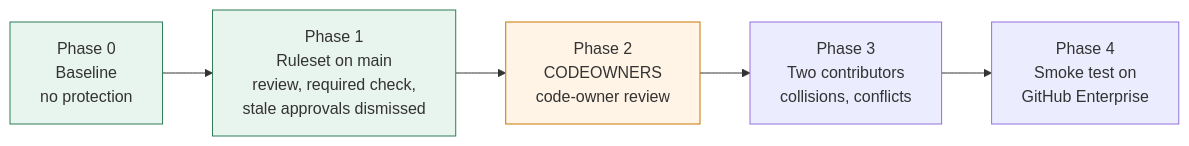
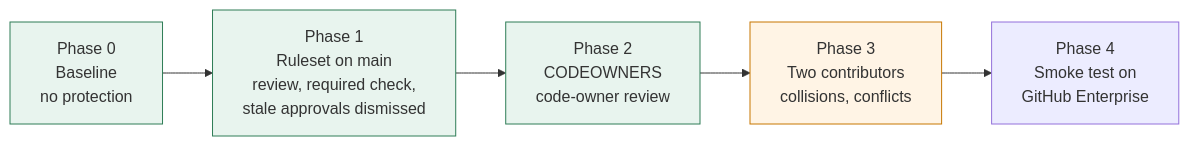
Before and after one commit to inotives/inotives-knowledge-share: the fourth of 5 diagrams in README.md, drawn with Mermaid. The commit also changed other lines of this file and 5 other files, not shown here.

````diff
--- a/README.md
+++ b/README.md
@@ -118,14 +118,15 @@
 ```mermaid
 flowchart LR
     P0["Phase 0<br/>Baseline<br/>no protection"]
     P1["Phase 1<br/>Ruleset on main<br/>review, required check,<br/>stale approvals dismissed"]
     P2["Phase 2<br/>CODEOWNERS<br/>code-owner review"]
     P3["Phase 3<br/>Two contributors<br/>collisions, conflicts"]
     P4["Phase 4<br/>Smoke test on<br/>GitHub Enterprise"]
 
     P0 --> P1 --> P2 --> P3 --> P4
 
     style P0 fill:#e8f4ee,stroke:#2f7d57
     style P1 fill:#e8f4ee,stroke:#2f7d57
-    style P2 fill:#fff4e5,stroke:#c77700
+    style P2 fill:#e8f4ee,stroke:#2f7d57
+    style P3 fill:#fff4e5,stroke:#c77700
 ```
````
